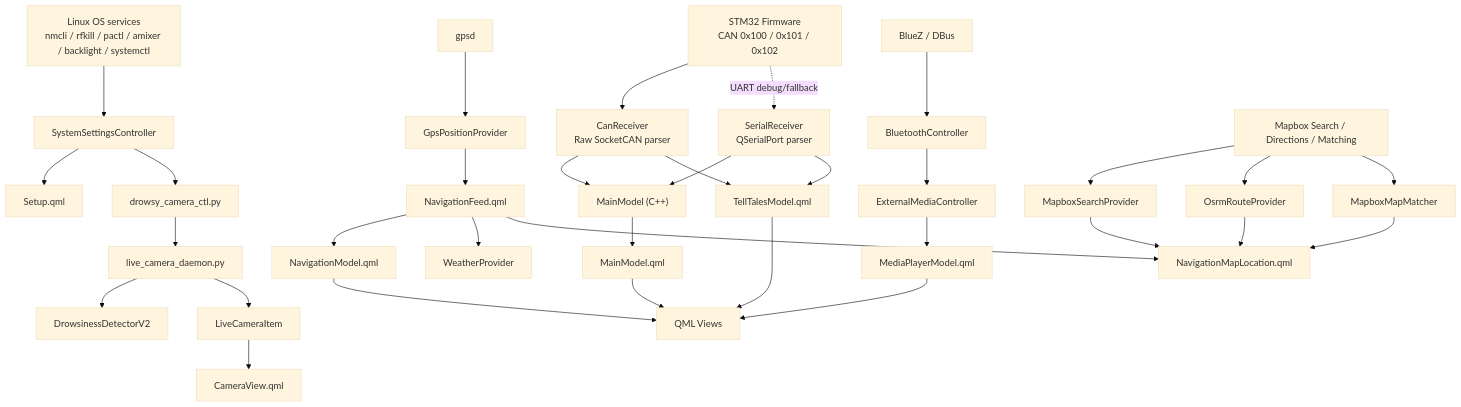
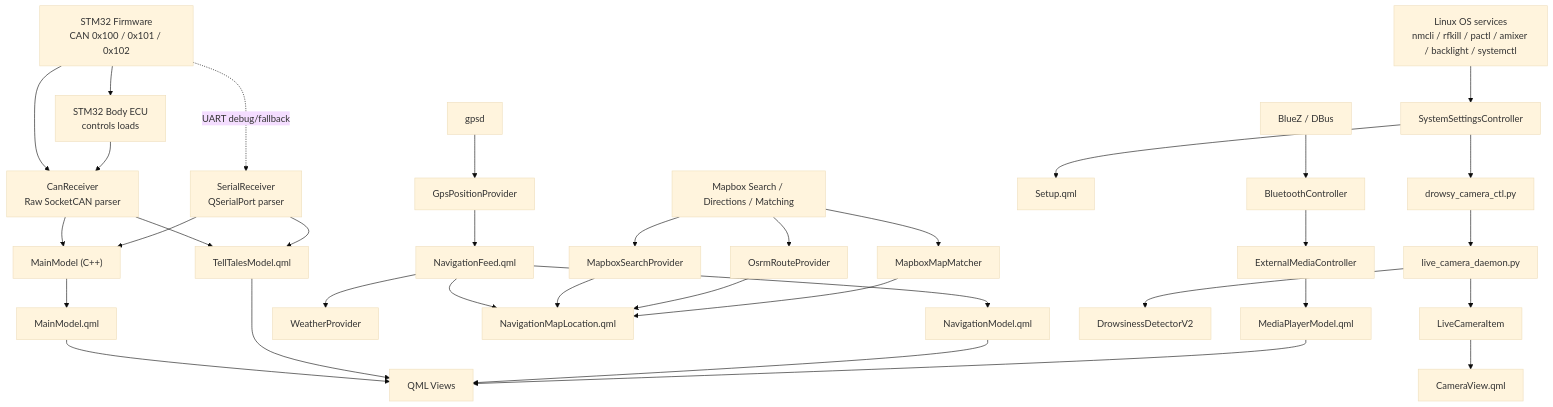
Before and after one commit to zanthanh17/IVI-Automative-Capstone-Project: the first of 2 diagrams in docs/software_design.md, drawn with Mermaid (base theme). The commit also changed other lines of this file and 1015 other files, not shown here.

````diff
--- a/docs/software_design.md
+++ b/docs/software_design.md
@@ -47,41 +47,43 @@
 ```mermaid
 graph TD
     STM32["STM32 Firmware<br/>CAN 0x100 / 0x101 / 0x102"] --> CAN["CanReceiver<br/>Raw SocketCAN parser"]
+    STM32 --> BODY["STM32 Body ECU<br/>controls loads"]
+    BODY --> CAN
     STM32 -. "UART debug/fallback" .-> SR["SerialReceiver<br/>QSerialPort parser"]
     CAN --> MMC["MainModel (C++)"]
     CAN --> TTM["TellTalesModel.qml"]
     SR --> MMC["MainModel (C++)"]
     MMC --> MQML["MainModel.qml"]
     SR --> TTM["TellTalesModel.qml"]
 
     GPSD["gpsd"] --> GPS["GpsPositionProvider"]
     GPS --> NF["NavigationFeed.qml"]
     NF --> NAVM["NavigationModel.qml"]
     NF --> WTH["WeatherProvider"]
     NF --> NAVUI["NavigationMapLocation.qml"]
 
     BLZ["BlueZ / DBus"] --> BTC["BluetoothController"]
     BTC --> EMC["ExternalMediaController"]
     EMC --> MPM["MediaPlayerModel.qml"]
 
     SYS["Linux OS services<br/>nmcli / rfkill / pactl / amixer / backlight / systemctl"] --> SSC["SystemSettingsController"]
     SSC --> SETUP["Setup.qml"]
     SSC --> DMSCTL["drowsy_camera_ctl.py"]
 
     DMSCTL --> DMSD["live_camera_daemon.py"]
     DMSD --> DET["DrowsinessDetectorV2"]
     DMSD --> LCI["LiveCameraItem"]
     LCI --> CAMUI["CameraView.qml"]
 
     MAPS["Mapbox Search / Directions / Matching"] --> MSP["MapboxSearchProvider"]
     MAPS --> ORP["OsrmRouteProvider"]
     MAPS --> MMM["MapboxMapMatcher"]
     MSP --> NAVUI
     ORP --> NAVUI
     MMM --> NAVUI
 
     MQML --> UI["QML Views"]
     TTM --> UI
     NAVM --> UI
     MPM --> UI
 ```
````
